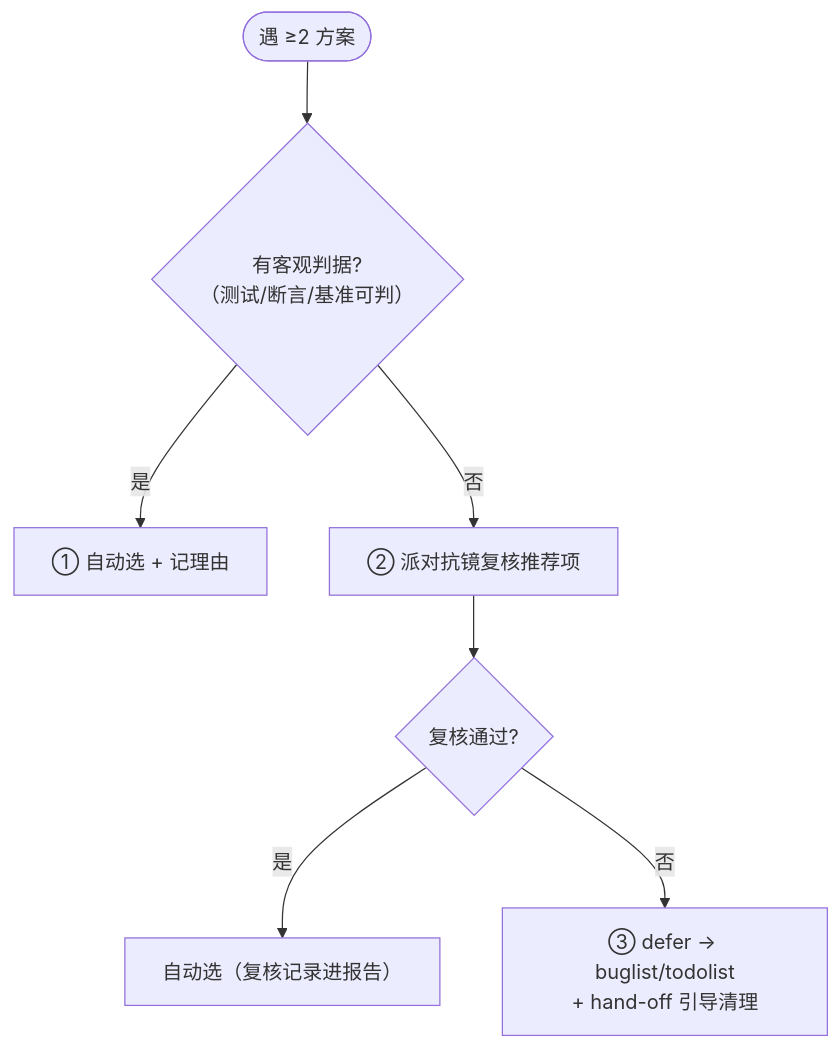
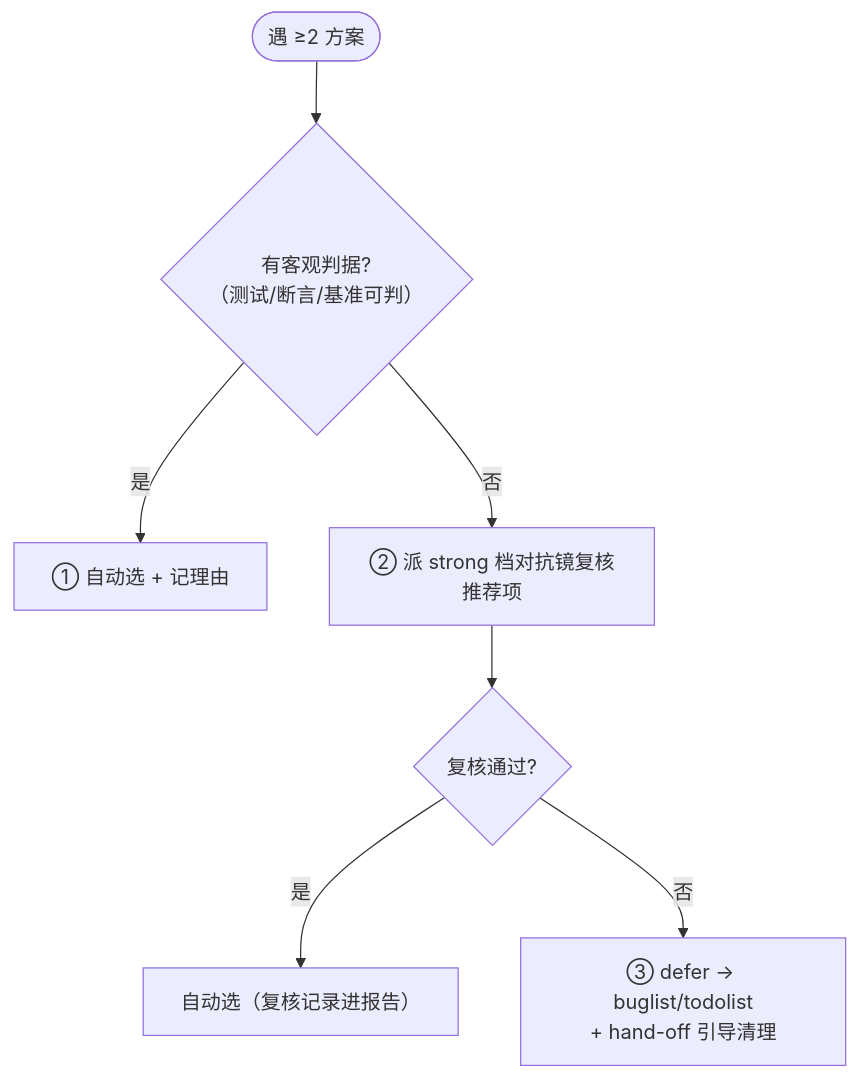
The seventh of 8 diagrams in docs/workflow-overview.md (laodao-ai/sdflow-skills), drawn with Mermaid before and after one commit. The commit also changed other lines of this file and 11 other files, not shown here.

````diff
--- a/docs/workflow-overview.md
+++ b/docs/workflow-overview.md
@@ -261,9 +261,9 @@
 ```mermaid
 flowchart TD
     Q(["遇 ≥2 方案"]) --> L1{"有客观判据?<br/>（测试/断言/基准可判）"}
     L1 -->|是| A1["① 自动选 + 记理由"]
-    L1 -->|否| L2["② 派对抗镜复核推荐项"]
+    L1 -->|否| L2["② 派 strong 档对抗镜复核推荐项"]
     L2 --> V{"复核通过?"}
     V -->|是| A2["自动选（复核记录进报告）"]
     V -->|否| A3["③ defer → buglist/todolist<br/>+ hand-off 引导清理"]
 ```
````
